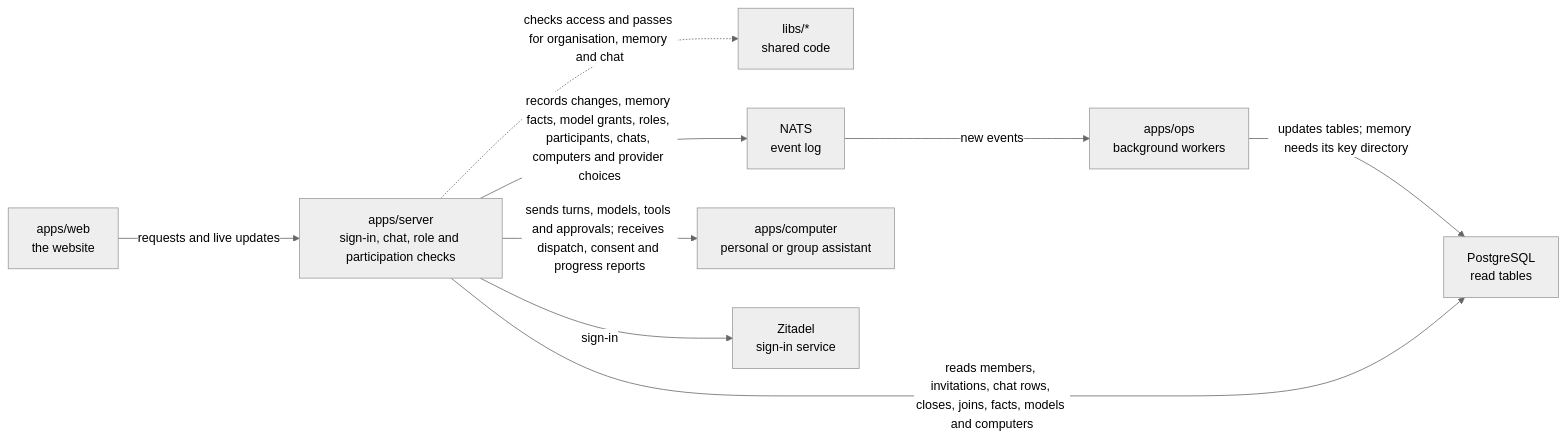
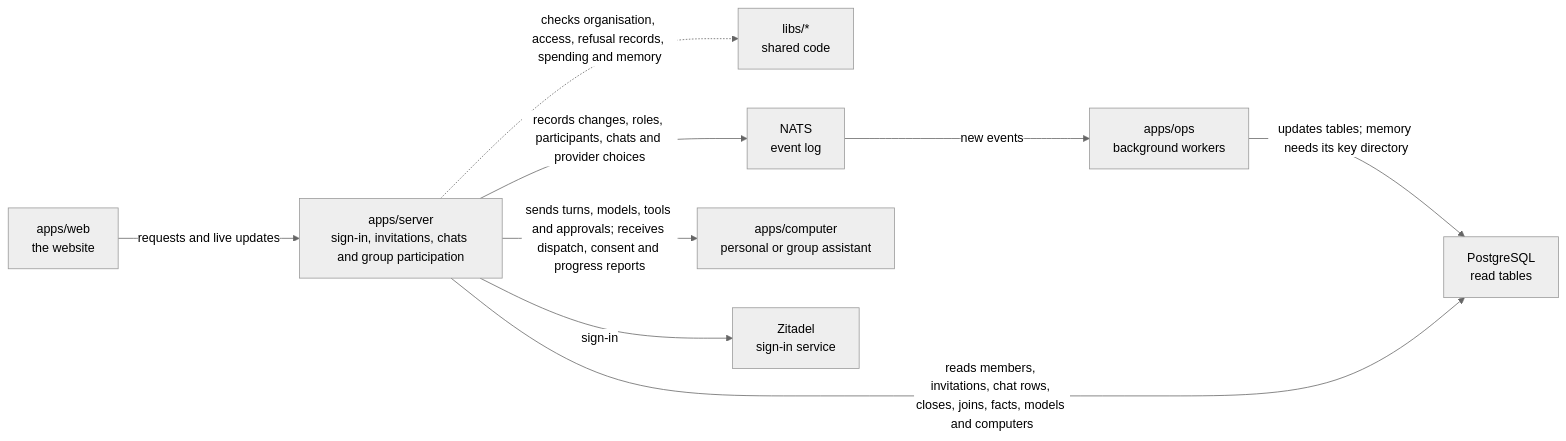
Before and after one commit to elewa-git/opencrane-new: the diagram in apps/server/README.md, drawn with Mermaid (neutral theme). The commit also changed other lines of this file and 30 other files, not shown here.

````diff
--- a/apps/server/README.md
+++ b/apps/server/README.md
@@ -11,11 +11,11 @@
 ```mermaid
 flowchart LR
-  web["apps/web<br/>the website"] -->|requests and live updates| server["apps/server<br/>sign-in, chat, role and participation checks"]
-  server -.->|checks access and passes for organisation, memory and chat| libs["libs/*<br/>shared code"]
-  server -->|records changes, memory facts, model grants, roles, participants, chats, computers and provider choices| nats["NATS<br/>event log"]
+  web["apps/web<br/>the website"] -->|requests and live updates| server["apps/server<br/>sign-in, invitations, chats and group participation"]
+  server -.->|checks organisation, access, refusal records, spending and memory| libs["libs/*<br/>shared code"]
+  server -->|records changes, roles, participants, chats and provider choices| nats["NATS<br/>event log"]
   nats -->|new events| ops["apps/ops<br/>background workers"]
   ops -->|updates tables; memory needs its key directory| postgres["PostgreSQL<br/>read tables"]
   server -->|reads members, invitations, chat rows, closes, joins, facts, models and computers| postgres
   server -->|sends turns, models, tools and approvals; receives dispatch, consent and progress reports| computer["apps/computer<br/>personal or group assistant"]
   server -->|sign-in| zitadel["Zitadel<br/>sign-in service"]
 ```
````
